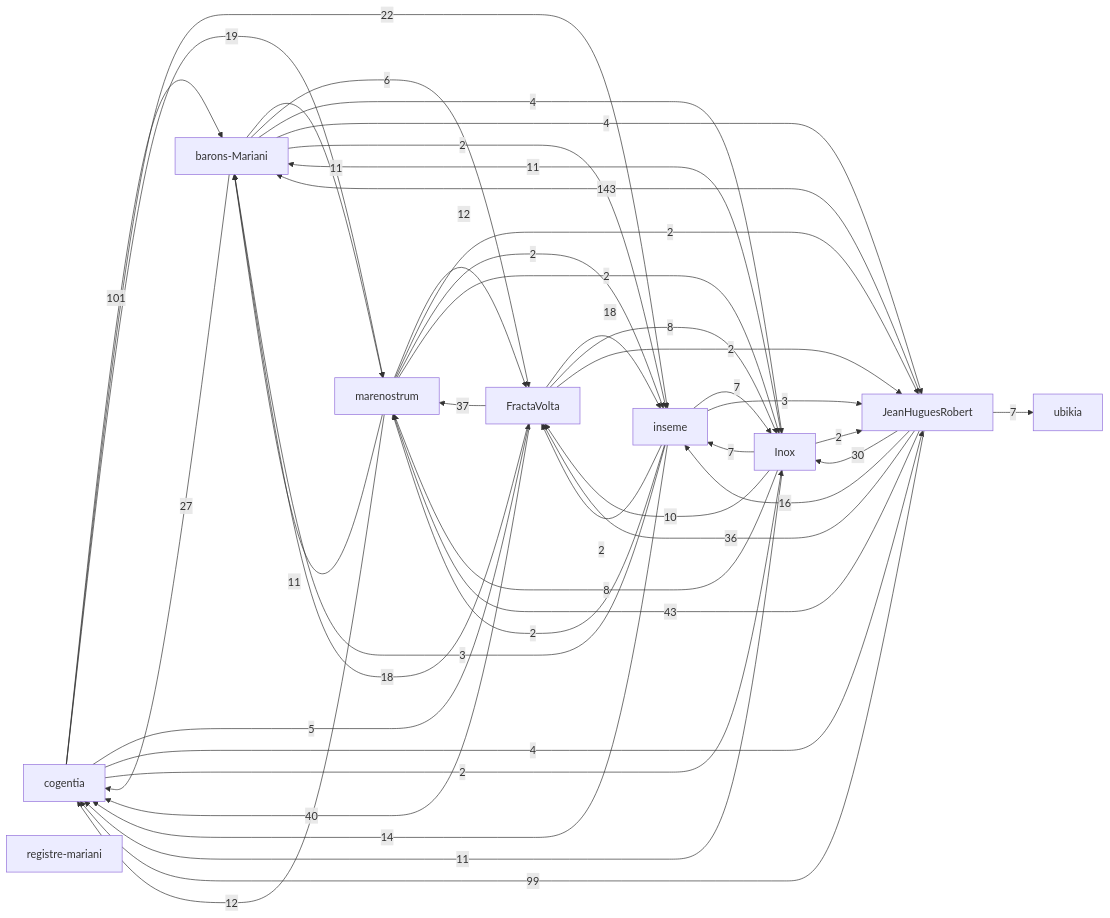
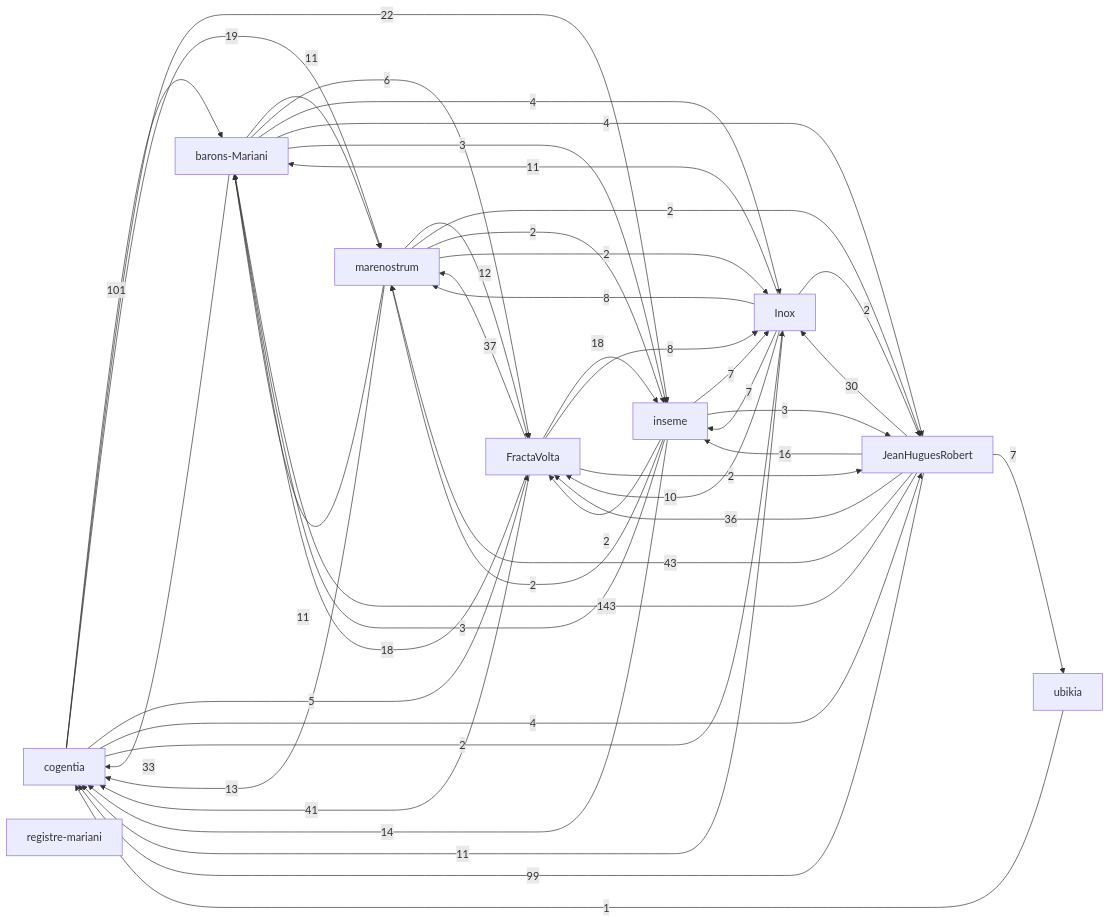
One commit to JeanHuguesRobert/barons-Mariani changed the first of 2 diagrams in research/corpus-status.md. Above: the diagram before and after it, drawn with Mermaid. The commit also changed other lines of this file and 6 other files, not shown here.

Commit message:
Refresh Barons Mariani corpus backlinks

````diff
--- a/research/corpus-status.md
+++ b/research/corpus-status.md
@@ -46,55 +46,56 @@
 ```mermaid
 graph LR
   r_cogentia["cogentia"]
   r_fractavolta["FractaVolta"]
   r_marenostrum["marenostrum"]
   r_barons_mariani["barons-Mariani"]
   r_inseme["inseme"]
   r_inox["Inox"]
   r_registre_mariani["registre-mariani"]
   r_ubikia["ubikia"]
   r_jeanhuguesrobert["JeanHuguesRobert"]
   r_jeanhuguesrobert -->|143| r_barons_mariani
   r_cogentia -->|101| r_barons_mariani
   r_jeanhuguesrobert -->|99| r_cogentia
   r_jeanhuguesrobert -->|43| r_marenostrum
-  r_fractavolta -->|40| r_cogentia
+  r_fractavolta -->|41| r_cogentia
   r_fractavolta -->|37| r_marenostrum
   r_jeanhuguesrobert -->|36| r_fractavolta
+  r_barons_mariani -->|33| r_cogentia
   r_jeanhuguesrobert -->|30| r_inox
-  r_barons_mariani -->|27| r_cogentia
   r_cogentia -->|22| r_inseme
   r_cogentia -->|19| r_marenostrum
   r_fractavolta -->|18| r_inseme
   r_fractavolta -->|18| r_barons_mariani
   r_jeanhuguesrobert -->|16| r_inseme
   r_inseme -->|14| r_cogentia
+  r_marenostrum -->|13| r_cogentia
   r_marenostrum -->|12| r_fractavolta
-  r_marenostrum -->|12| r_cogentia
   r_barons_mariani -->|11| r_marenostrum
   r_inox -->|11| r_barons_mariani
   r_inox -->|11| r_cogentia
   r_marenostrum -->|11| r_barons_mariani
   r_inox -->|10| r_fractavolta
   r_fractavolta -->|8| r_inox
   r_inox -->|8| r_marenostrum
   r_inox -->|7| r_inseme
   r_inseme -->|7| r_inox
   r_jeanhuguesrobert -->|7| r_ubikia
   r_barons_mariani -->|6| r_fractavolta
   r_cogentia -->|5| r_fractavolta
   r_barons_mariani -->|4| r_inox
   r_barons_mariani -->|4| r_jeanhuguesrobert
   r_cogentia -->|4| r_jeanhuguesrobert
+  r_barons_mariani -->|3| r_inseme
   r_inseme -->|3| r_barons_mariani
   r_inseme -->|3| r_jeanhuguesrobert
-  r_barons_mariani -->|2| r_inseme
   r_cogentia -->|2| r_inox
   r_fractavolta -->|2| r_jeanhuguesrobert
   r_inox -->|2| r_jeanhuguesrobert
   r_inseme -->|2| r_marenostrum
   r_inseme -->|2| r_fractavolta
   r_marenostrum -->|2| r_jeanhuguesrobert
   r_marenostrum -->|2| r_inseme
   r_marenostrum -->|2| r_inox
+  r_ubikia -->|1| r_cogentia
 ```
````
